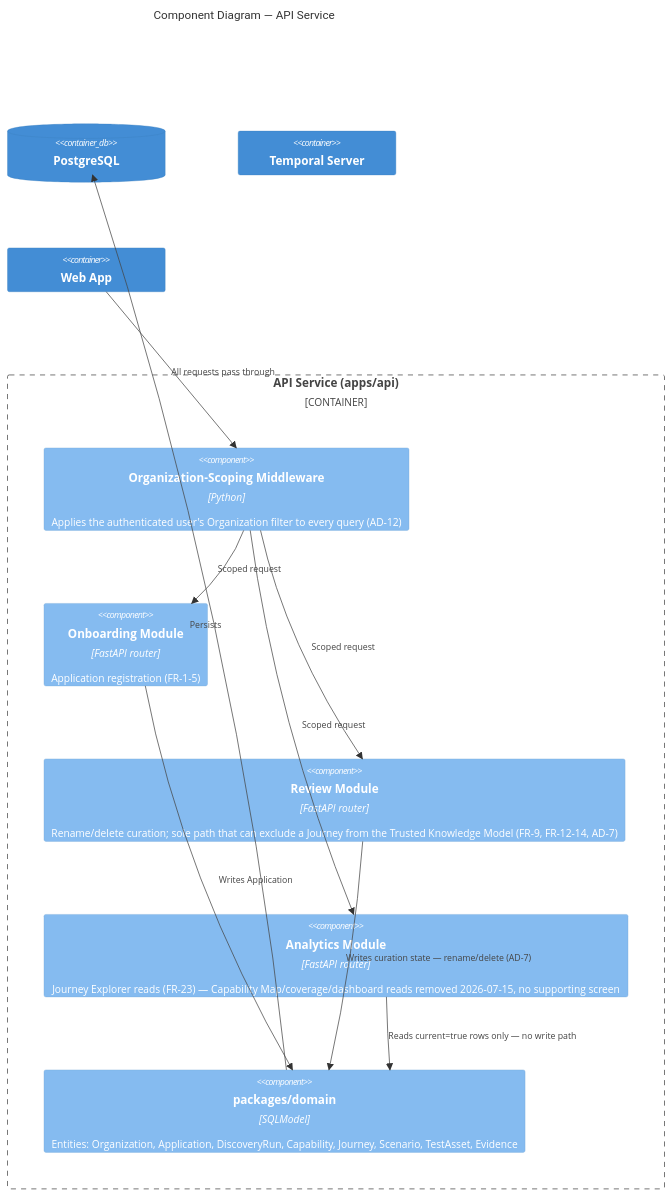
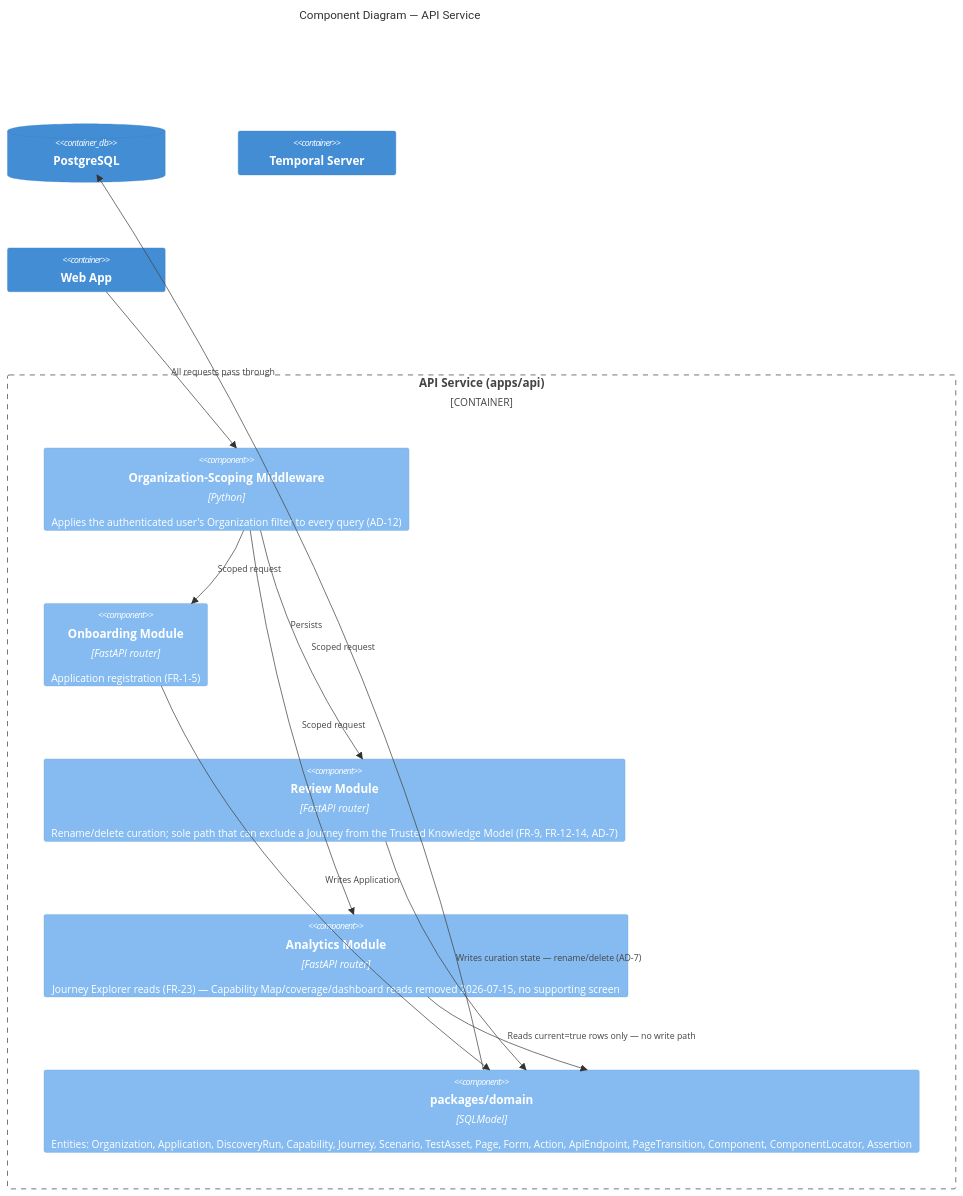
Before and after one commit to wm-ps/AITESTGEN: the fifth of 7 diagrams in _bmad-output/planning-artifacts/architecture/architecture-AITestGen-2026-07-13/ARCHITECTURE-SPINE.md, drawn with Mermaid. The commit also changed other lines of this file and 52 other files, not shown here.

Commit message:
Updated code for Stories 2-2 to 2-5 ;Improved crawling logic and implemented model builder and udpated schema for postgresql

````diff
--- a/_bmad-output/planning-artifacts/architecture/architecture-AITestGen-2026-07-13/ARCHITECTURE-SPINE.md
+++ b/_bmad-output/planning-artifacts/architecture/architecture-AITestGen-2026-07-13/ARCHITECTURE-SPINE.md
@@ -288,25 +315,25 @@
 ```mermaid
 C4Component
 title Component Diagram — API Service
 
 Container_Boundary(api, "API Service (apps/api)") {
   Component(tenantMw, "Organization-Scoping Middleware", "Python", "Applies the authenticated user's Organization filter to every query (AD-12)")
   Component(onboarding, "Onboarding Module", "FastAPI router", "Application registration (FR-1-5)")
   Component(review, "Review Module", "FastAPI router", "Rename/delete curation; sole path that can exclude a Journey from the Trusted Knowledge Model (FR-9, FR-12-14, AD-7)")
   Component(analytics, "Analytics Module", "FastAPI router", "Journey Explorer reads (FR-23) — Capability Map/coverage/dashboard reads removed 2026-07-15, no supporting screen")
-  Component(domainPkg, "packages/domain", "SQLModel", "Entities: Organization, Application, DiscoveryRun, Capability, Journey, Scenario, TestAsset, Evidence")
+  Component(domainPkg, "packages/domain", "SQLModel", "Entities: Organization, Application, DiscoveryRun, Capability, Journey, Scenario, TestAsset, Page, Form, Action, ApiEndpoint, PageTransition, Component, ComponentLocator, Assertion")
 }
 
 ContainerDb(db, "PostgreSQL")
 Container(temporal, "Temporal Server")
 Container(spa, "Web App")
 
 Rel(spa, tenantMw, "All requests pass through")
 Rel(tenantMw, onboarding, "Scoped request")
 Rel(tenantMw, review, "Scoped request")
 Rel(tenantMw, analytics, "Scoped request")
 Rel(onboarding, domainPkg, "Writes Application")
 Rel(review, domainPkg, "Writes curation state — rename/delete (AD-7)")
 Rel(analytics, domainPkg, "Reads current=true rows only — no write path")
 Rel(domainPkg, db, "Persists")
 ```
````
